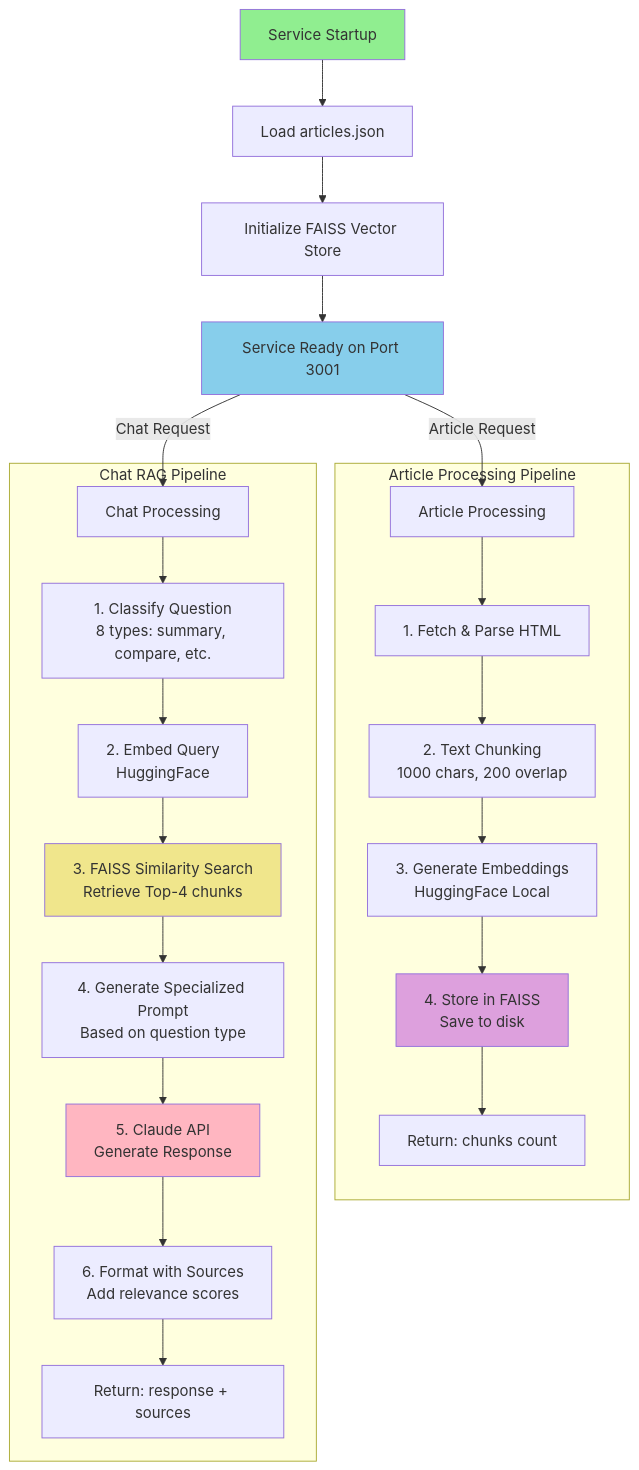
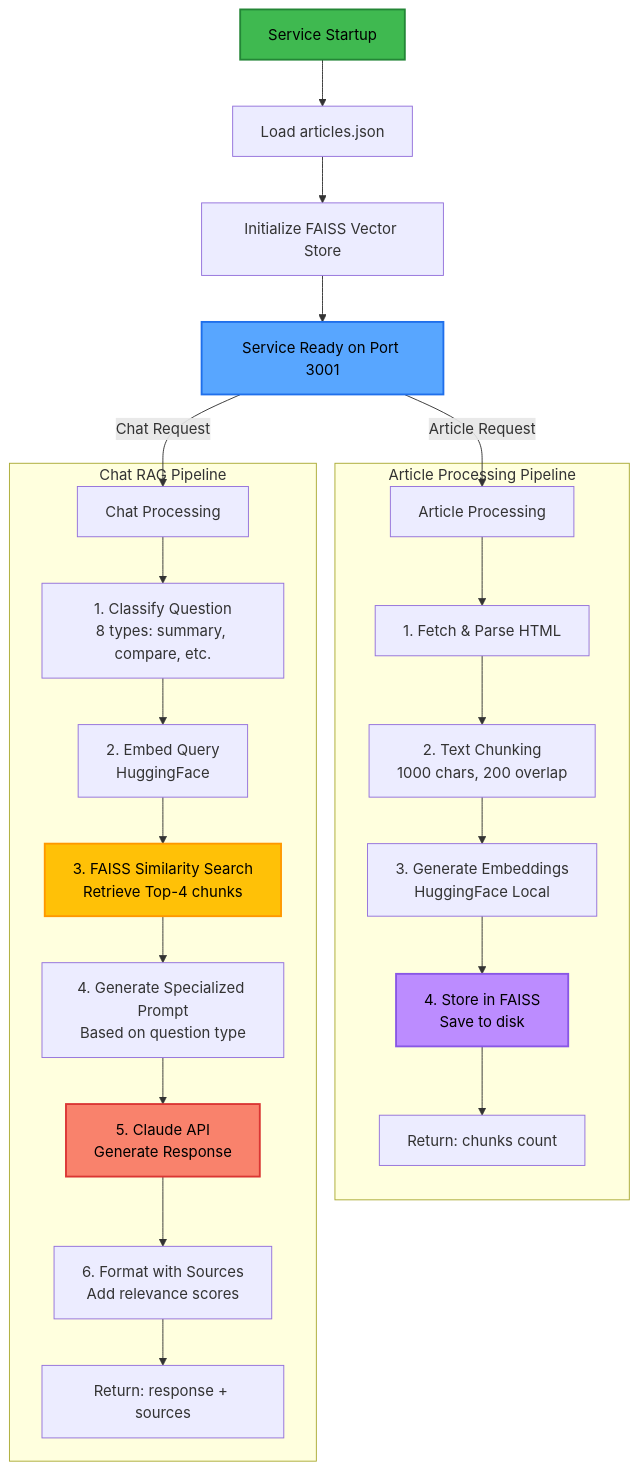
One commit to Danor93/Clarticle changed the diagram in rag-service/README.md. Above: the diagram before and after it, drawn with Mermaid. The commit also changed 3 other files, not shown here.

Commit message:
style: Update flowchart colors in README and fix bug related to claude api

````diff
--- a/rag-service/README.md
+++ b/rag-service/README.md
@@ -18,33 +18,33 @@
 ```mermaid
 flowchart TB
     START[Service Startup] --> LOAD[Load articles.json]
     LOAD --> INIT[Initialize FAISS Vector Store]
     INIT --> READY[Service Ready on Port 3001]
 
     READY --> |Article Request| ART[Article Processing]
     READY --> |Chat Request| CHAT[Chat Processing]
 
     subgraph "Article Processing Pipeline"
         ART --> FETCH[1. Fetch & Parse HTML]
         FETCH --> CHUNK[2. Text Chunking<br/>1000 chars, 200 overlap]
         CHUNK --> EMBED1[3. Generate Embeddings<br/>HuggingFace Local]
         EMBED1 --> STORE[4. Store in FAISS<br/>Save to disk]
         STORE --> ART_DONE[Return: chunks count]
     end
 
     subgraph "Chat RAG Pipeline"
         CHAT --> CLASSIFY[1. Classify Question<br/>8 types: summary, compare, etc.]
         CLASSIFY --> EMBED2[2. Embed Query<br/>HuggingFace]
         EMBED2 --> SEARCH[3. FAISS Similarity Search<br/>Retrieve Top-4 chunks]
         SEARCH --> PROMPT[4. Generate Specialized Prompt<br/>Based on question type]
         PROMPT --> CLAUDE[5. Claude API<br/>Generate Response]
         CLAUDE --> FORMAT[6. Format with Sources<br/>Add relevance scores]
         FORMAT --> CHAT_DONE[Return: response + sources]
     end
 
-    style START fill:#90EE90
-    style READY fill:#87CEEB
-    style CLAUDE fill:#FFB6C1
-    style STORE fill:#DDA0DD
-    style SEARCH fill:#F0E68C
+    style START fill:#3fb950,stroke:#238636,stroke-width:2px,color:#000
+    style READY fill:#58a6ff,stroke:#1f6feb,stroke-width:2px,color:#000
+    style CLAUDE fill:#f9826c,stroke:#da3633,stroke-width:2px,color:#000
+    style STORE fill:#bc8cff,stroke:#8957e5,stroke-width:2px,color:#000
+    style SEARCH fill:#ffc107,stroke:#ff9800,stroke-width:2px,color:#000
 ```
````
